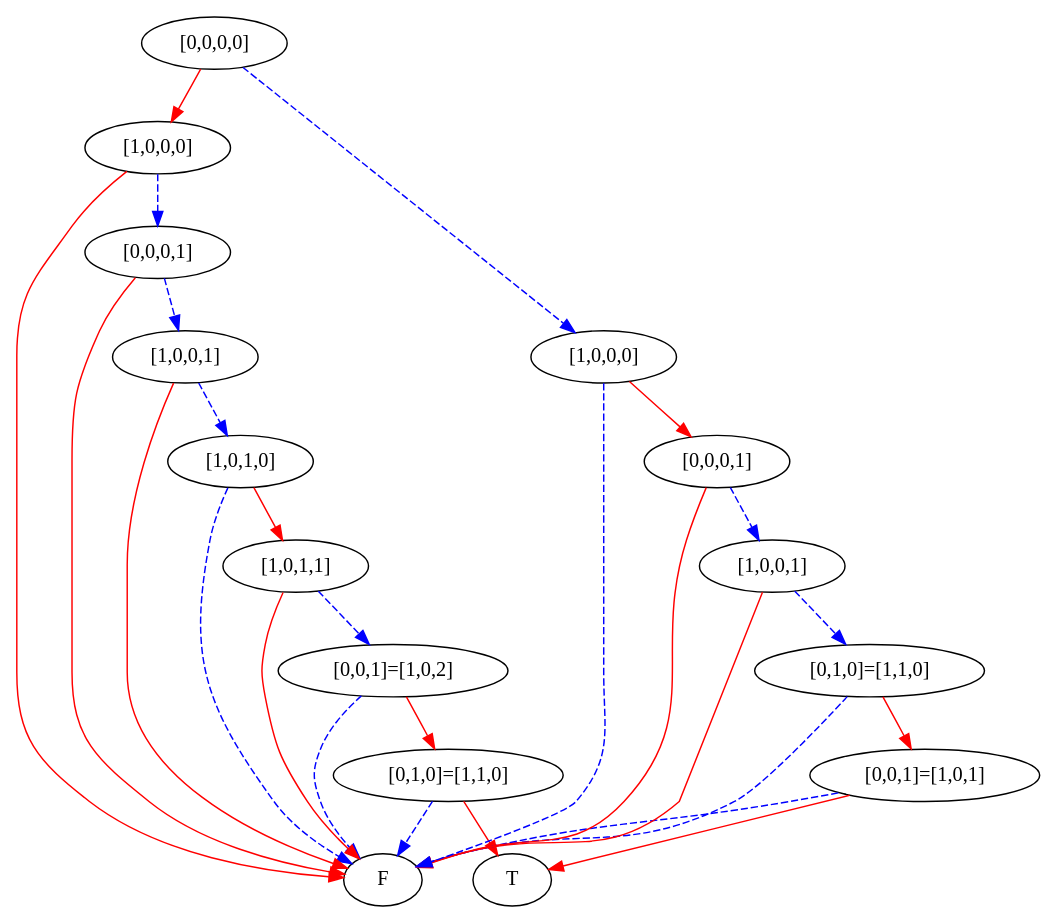
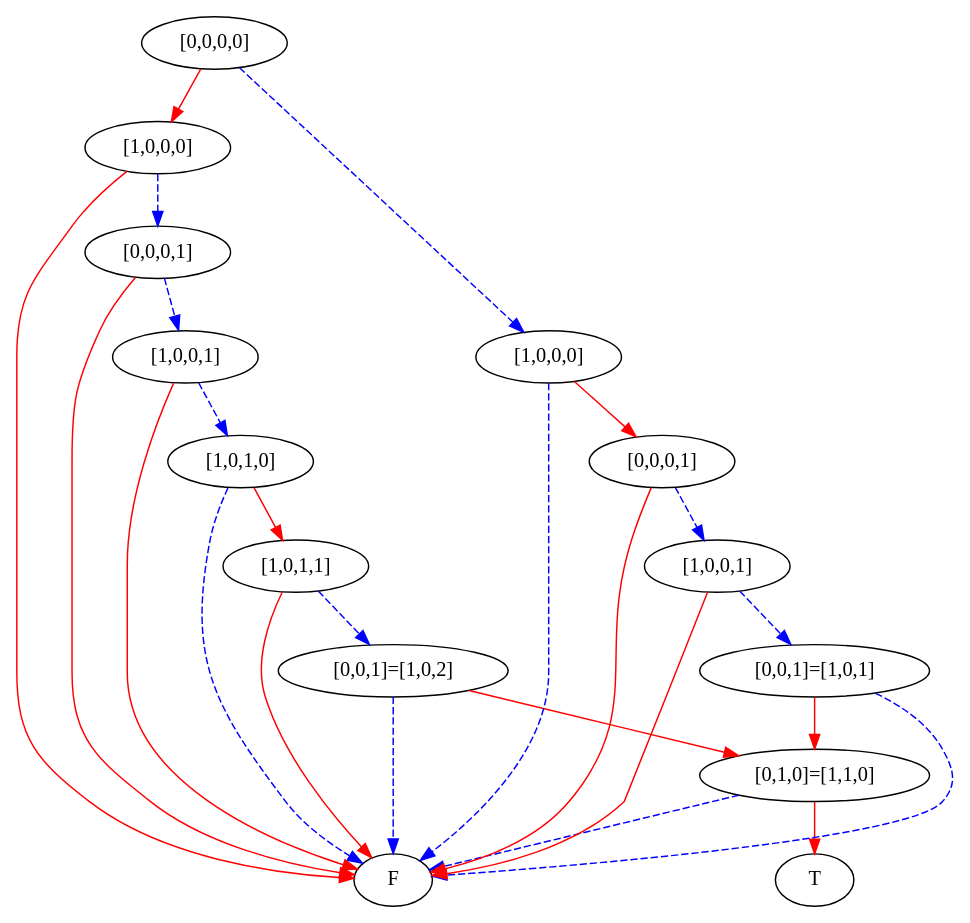
The diagram in simpleProgram2.dot (mburyakov/minxmod), drawn with Graphviz before and after one commit. The commit also changed 4 other files, not shown here.

```diff
--- a/simpleProgram2.dot
+++ b/simpleProgram2.dot
@@ -1,56 +1,52 @@
 digraph {
     1 [label=F];
     2 [label=T];
     3 [label="[0,1,0]=[1,1,0]"];
     4 [label="[0,0,1]=[1,0,2]"];
     5 [label="[1,0,1,1]"];
     6 [label="[1,0,1,0]"];
     7 [label="[1,0,0,1]"];
     8 [label="[0,0,0,1]"];
     9 [label="[1,0,0,0]"];
     10 [label="[0,0,1]=[1,0,1]"];
-    11 [label="[0,1,0]=[1,1,0]"];
-    12 [label="[1,0,0,1]"];
-    13 [label="[0,0,0,1]"];
-    14 [label="[1,0,0,0]"];
-    15 [label="[0,0,0,0]"];
+    11 [label="[1,0,0,1]"];
+    12 [label="[0,0,0,1]"];
+    13 [label="[1,0,0,0]"];
+    14 [label="[0,0,0,0]"];
     3 -> 1 [style=dashed
            ,color=blue];
     3 -> 2 [color=red];
     4 -> 3 [color=red];
     4 -> 1 [style=dashed
            ,color=blue];
     5 -> 4 [style=dashed
            ,color=blue];
     5 -> 1 [color=red];
     6 -> 5 [color=red];
     6 -> 1 [style=dashed
            ,color=blue];
     7 -> 6 [style=dashed
            ,color=blue];
     7 -> 1 [color=red];
     8 -> 7 [style=dashed
            ,color=blue];
     8 -> 1 [color=red];
     9 -> 8 [style=dashed
            ,color=blue];
     9 -> 1 [color=red];
+    10 -> 3 [color=red];
     10 -> 1 [style=dashed
             ,color=blue];
-    10 -> 2 [color=red];
-    11 -> 10 [color=red];
-    11 -> 1 [style=dashed
-            ,color=blue];
+    11 -> 10 [style=dashed
+             ,color=blue];
+    11 -> 1 [color=red];
     12 -> 11 [style=dashed
              ,color=blue];
     12 -> 1 [color=red];
-    13 -> 12 [style=dashed
-             ,color=blue];
-    13 -> 1 [color=red];
-    14 -> 13 [color=red];
-    14 -> 1 [style=dashed
+    13 -> 12 [color=red];
+    13 -> 1 [style=dashed
             ,color=blue];
-    15 -> 9 [color=red];
-    15 -> 14 [style=dashed
+    14 -> 9 [color=red];
+    14 -> 13 [style=dashed
              ,color=blue];
 }
```
